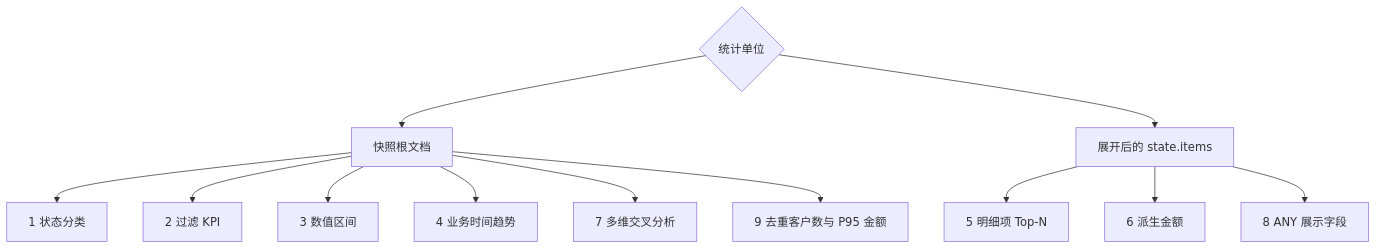
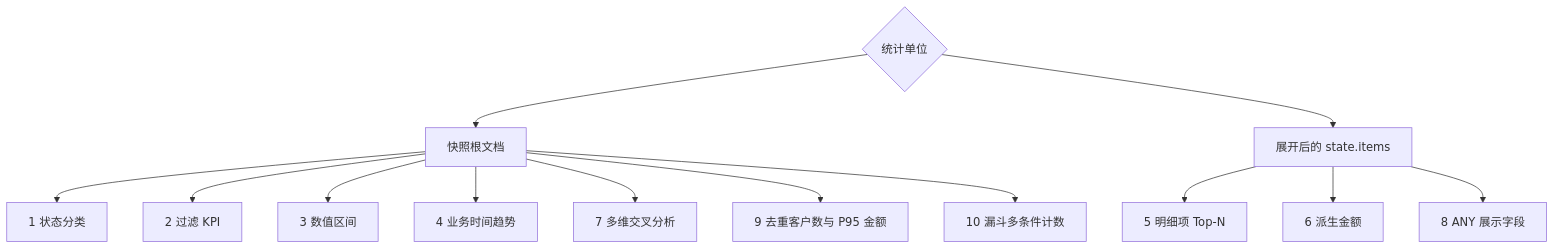
One commit to Ahoo-Wang/Wow changed the diagram in documentation/docs/zh/guide/query/snapshot-aggregation.md. Above: the diagram before and after it, drawn with Mermaid. The commit also changed other lines of this file and 25 other files, not shown here.

````diff
--- a/documentation/docs/zh/guide/query/snapshot-aggregation.md
+++ b/documentation/docs/zh/guide/query/snapshot-aggregation.md
@@ -26,14 +26,15 @@
 ```mermaid
 flowchart TB
     Unit{"统计单位"} --> Root["快照根文档"]
     Unit --> Item["展开后的 state.items"]
     Root --> S1["1 状态分类"]
     Root --> S2["2 过滤 KPI"]
     Root --> S3["3 数值区间"]
     Root --> S4["4 业务时间趋势"]
     Root --> S7["7 多维交叉分析"]
     Root --> S9["9 去重客户数与 P95 金额"]
+    Root --> S10["10 漏斗多条件计数"]
     Item --> S5["5 明细项 Top-N"]
     Item --> S6["6 派生金额"]
     Item --> S8["8 ANY 展示字段"]
 ```
````
